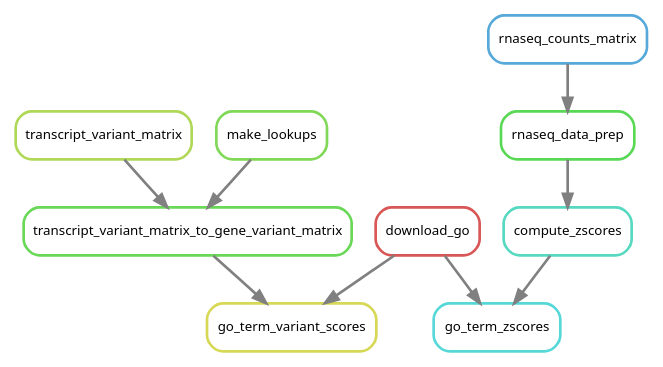
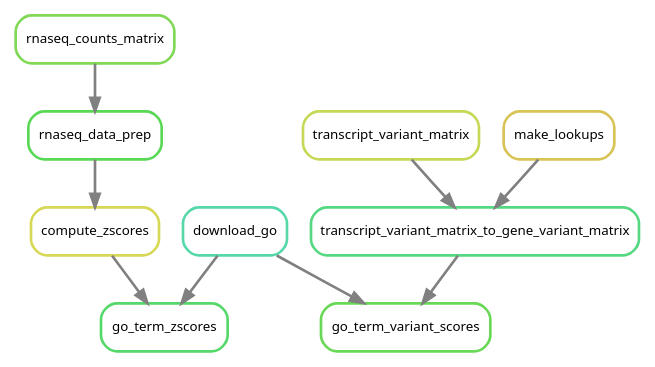
One commit to NCBI-Hackathons/Pharmacogenomics_Prediction_Pipeline_P3 changed the diagram in doc/source/images/go.dot. Above: the diagram before and after it, drawn with Graphviz. The commit also changed 35 other files, not shown here.

```diff
--- a/doc/source/images/go.dot
+++ b/doc/source/images/go.dot
@@ -1,22 +1,22 @@
 digraph snakemake_dag {
     graph[bgcolor=white, margin=0];
     node[shape=box, style=rounded, fontname=sans,                 fontsize=10, penwidth=2];
     edge[penwidth=2, color=grey];
-	0[label = "go_term_zscores", color = "0.50 0.6 0.85", style="rounded"];
-	1[label = "go_term_variant_scores", color = "0.17 0.6 0.85", style="rounded"];
-	2[label = "download_go", color = "0.00 0.6 0.85", style="rounded"];
-	3[label = "transcript_variant_matrix", color = "0.22 0.6 0.85", style="rounded"];
-	4[label = "make_lookups", color = "0.28 0.6 0.85", style="rounded"];
-	5[label = "transcript_variant_matrix_to_gene_variant_matrix", color = "0.31 0.6 0.85", style="rounded"];
-	6[label = "rnaseq_counts_matrix", color = "0.56 0.6 0.85", style="rounded"];
-	7[label = "compute_zscores", color = "0.47 0.6 0.85", style="rounded"];
-	8[label = "rnaseq_data_prep", color = "0.33 0.6 0.85", style="rounded"];
-	7 -> 0
+	0[label = "go_term_variant_scores", color = "0.31 0.6 0.85", style="rounded"];
+	1[label = "compute_zscores", color = "0.17 0.6 0.85", style="rounded"];
+	2[label = "download_go", color = "0.44 0.6 0.85", style="rounded"];
+	3[label = "rnaseq_counts_matrix", color = "0.28 0.6 0.85", style="rounded"];
+	4[label = "go_term_zscores", color = "0.36 0.6 0.85", style="rounded"];
+	5[label = "transcript_variant_matrix", color = "0.19 0.6 0.85", style="rounded"];
+	6[label = "transcript_variant_matrix_to_gene_variant_matrix", color = "0.39 0.6 0.85", style="rounded"];
+	7[label = "rnaseq_data_prep", color = "0.33 0.6 0.85", style="rounded"];
+	8[label = "make_lookups", color = "0.14 0.6 0.85", style="rounded"];
 	2 -> 0
-	5 -> 1
-	2 -> 1
-	4 -> 5
-	3 -> 5
-	8 -> 7
-	6 -> 8
+	6 -> 0
+	7 -> 1
+	2 -> 4
+	1 -> 4
+	5 -> 6
+	8 -> 6
+	3 -> 7
 }            
```
